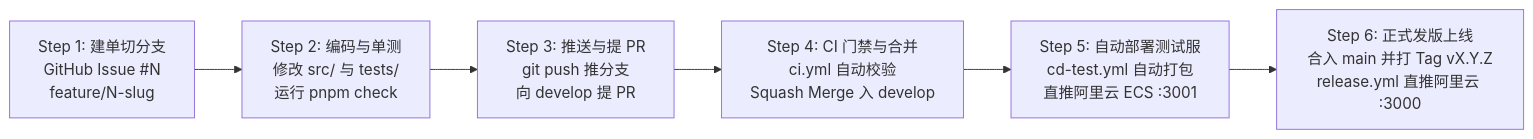
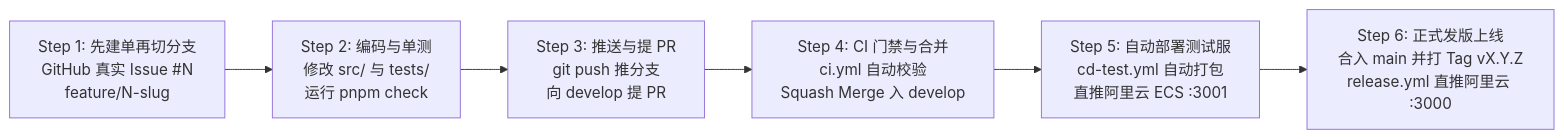
The diagram in AGENTS.md (jingtianla/korean-master), drawn with Mermaid before and after one commit. The commit also changed other lines of this file and 9 other files, not shown here.

````diff
--- a/AGENTS.md
+++ b/AGENTS.md
@@ -110,8 +116,8 @@
 ```mermaid
 flowchart LR
-    A["Step 1: 建单切分支\nGitHub Issue #N\nfeature/N-slug"] --> B["Step 2: 编码与单测\n修改 src/ 与 tests/\n运行 pnpm check"]
+    A["Step 1: 先建单再切分支\nGitHub 真实 Issue #N\nfeature/N-slug"] --> B["Step 2: 编码与单测\n修改 src/ 与 tests/\n运行 pnpm check"]
     B --> C["Step 3: 推送与提 PR\ngit push 推分支\n向 develop 提 PR"]
     C --> D["Step 4: CI 门禁与合并\nci.yml 自动校验\nSquash Merge 入 develop"]
     D --> E["Step 5: 自动部署测试服\ncd-test.yml 自动打包\n直推阿里云 ECS :3001"]
     E --> F["Step 6: 正式发版上线\n合入 main 并打 Tag vX.Y.Z\nrelease.yml 直推阿里云 :3000"]
 ```
````
